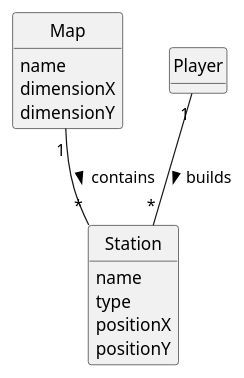
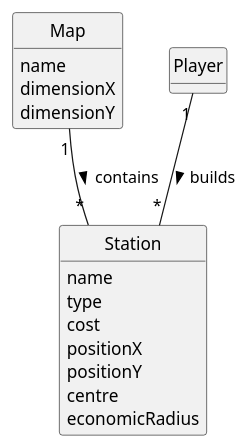
One commit to bruno-monteiro5/sem2-pi-24.25-g132-repo changed the diagram in docs/system-documentation/US005/02.analysis/puml/US005-DM.puml. Above: the diagram before and after it, drawn with PlantUML. The commit also changed 1 other file, not shown here.

```diff
--- a/docs/system-documentation/US005/02.analysis/puml/US005-DM.puml
+++ b/docs/system-documentation/US005/02.analysis/puml/US005-DM.puml
@@ -1,33 +1,36 @@
 @startuml
 skinparam monochrome true
 skinparam packageStyle rectangle
 skinparam shadowing false
 
 'left to right direction
 
 skinparam classAttributeIconSize 0
 
 hide circle
 hide methods
 
 
 class Map {
 name
 dimensionX
 dimensionY
 }
 
 class Player {
 }
 
 class Station {
     name
-    type
-    positionX
-    positionY
+        type
+        cost
+        positionX
+        positionY
+        centre
+        economicRadius
 }
 
 Player "1" -- "*" Station : builds >
 Map "1" -- "*" Station : contains >
 
 @enduml
```
